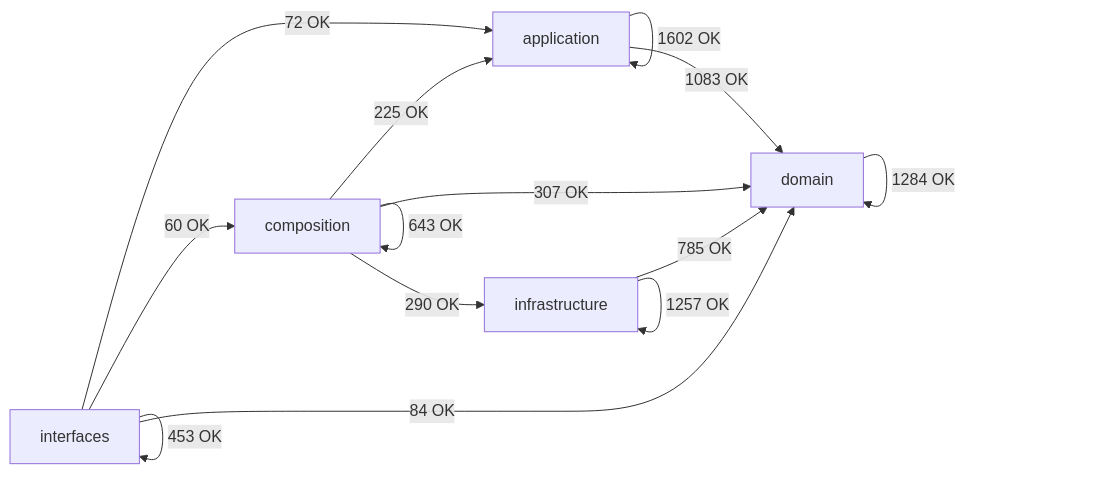
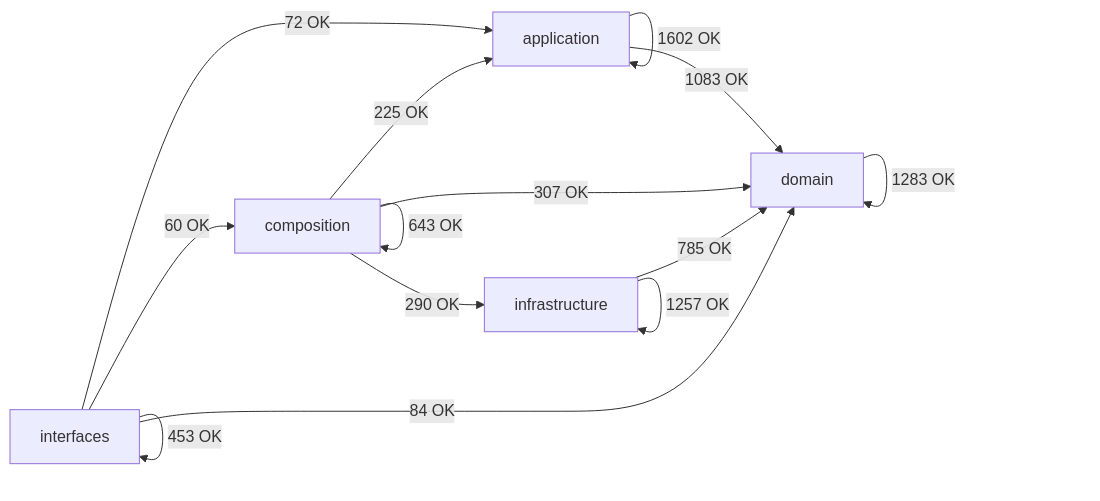
Before and after one commit to SatoryKono/BioactivityDataAcquisition: the diagram in docs/02-architecture/generated/module-dependency-map.md, drawn with Mermaid. The commit also changed other lines of this file and 28 other files, not shown here.

Commit message:
fix(ci): repair architecture evidence and finish contract gate parity

````diff
--- a/docs/02-architecture/generated/module-dependency-map.md
+++ b/docs/02-architecture/generated/module-dependency-map.md
@@ -17,21 +17,21 @@
 ```mermaid
 flowchart LR
     domain[domain]
     application[application]
     infrastructure[infrastructure]
     composition[composition]
     interfaces[interfaces]
     application -->|1602 OK| application
     application -->|1083 OK| domain
     composition -->|225 OK| application
     composition -->|643 OK| composition
     composition -->|307 OK| domain
     composition -->|290 OK| infrastructure
-    domain -->|1284 OK| domain
+    domain -->|1283 OK| domain
     infrastructure -->|785 OK| domain
     infrastructure -->|1257 OK| infrastructure
     interfaces -->|72 OK| application
     interfaces -->|60 OK| composition
     interfaces -->|84 OK| domain
     interfaces -->|453 OK| interfaces
 ```
````
